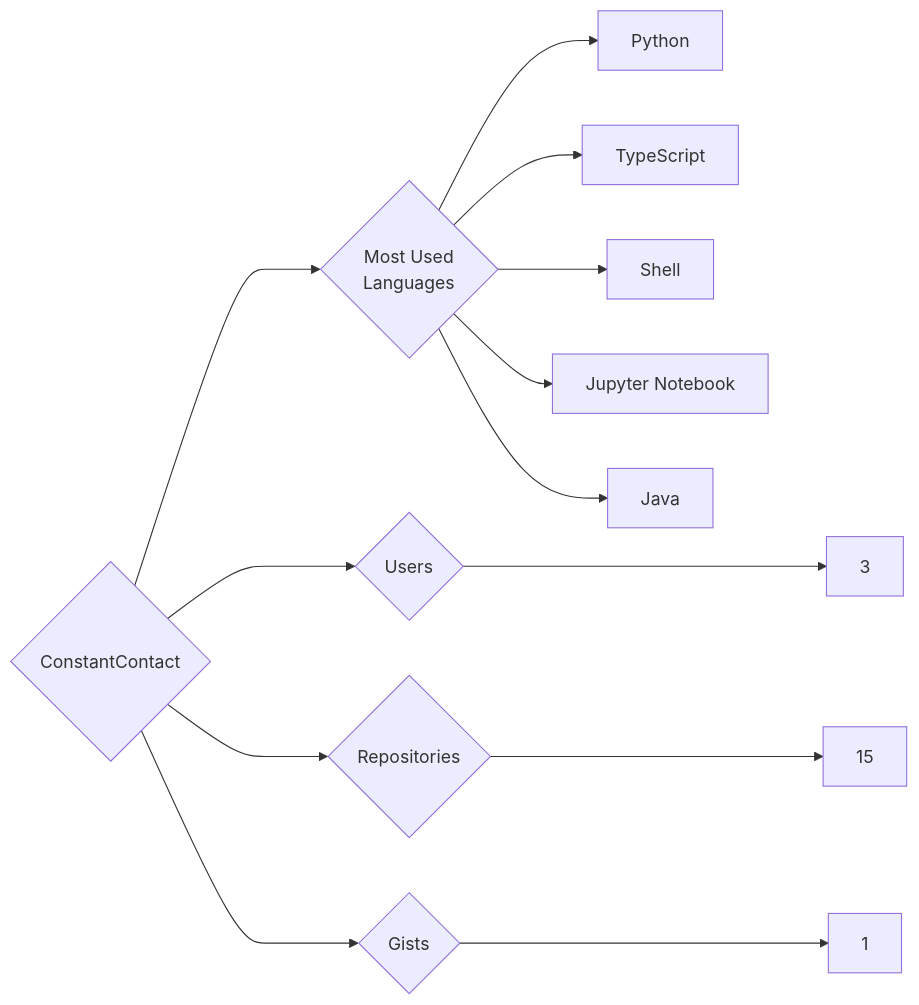
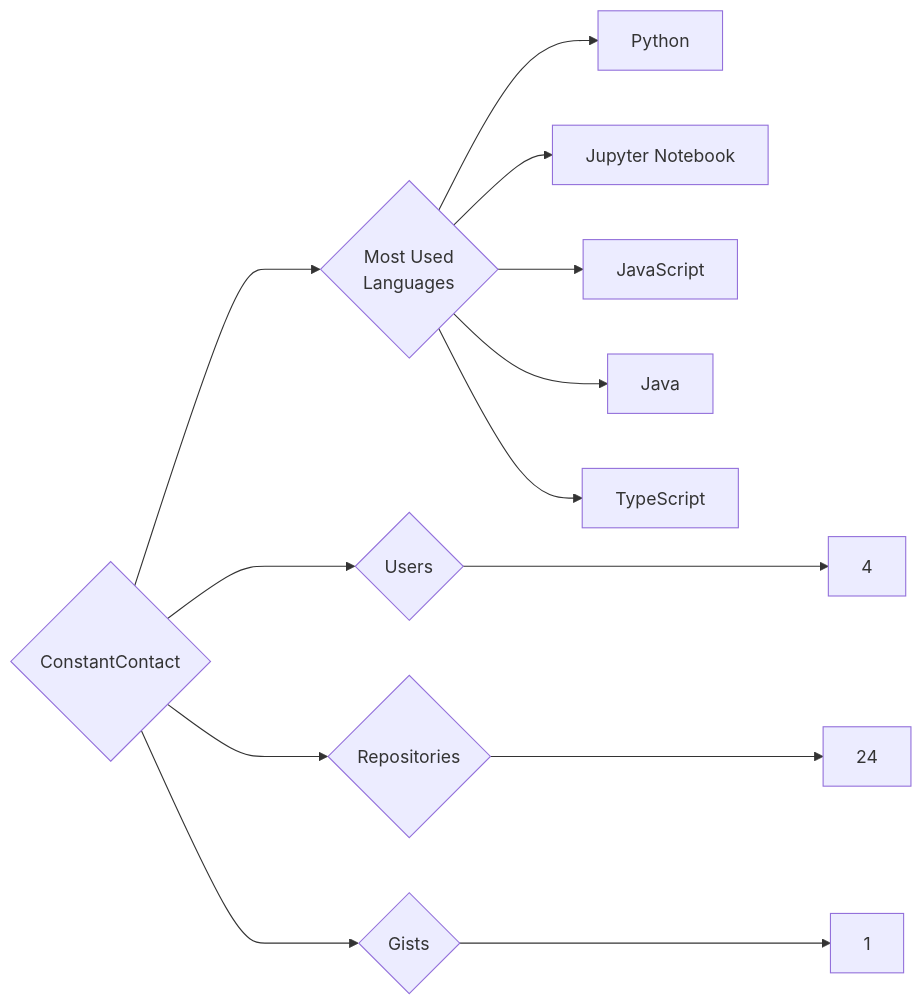
Before and after one commit to trickest/insiders: the diagram in targets/ConstantContact/README.md, drawn with Mermaid. The commit also changed 912 other files, not shown here.

````diff
--- a/targets/ConstantContact/README.md
+++ b/targets/ConstantContact/README.md
@@ -3,13 +3,13 @@
 ```mermaid
 graph LR
 COMPANY_NAME{ConstantContact}
-COMPANY_NAME ---> U{Users} ---> UN[3]
-COMPANY_NAME ---> R{Repositories} ---> RN[15]
+COMPANY_NAME ---> U{Users} ---> UN[4]
+COMPANY_NAME ---> R{Repositories} ---> RN[24]
 COMPANY_NAME ---> G{Gists} ---> GN[1]
 COMPANY_NAME ---> ML{Most Used<br>Languages}
 ML --> Python[Python]
+ML --> Jupyter_Notebook[Jupyter Notebook]
+ML --> JavaScript[JavaScript]
+ML --> Java[Java]
 ML --> TypeScript[TypeScript]
-ML --> Shell[Shell]
-ML --> Jupyter_Notebook[Jupyter Notebook]
-ML --> Java[Java]
 ```
````
